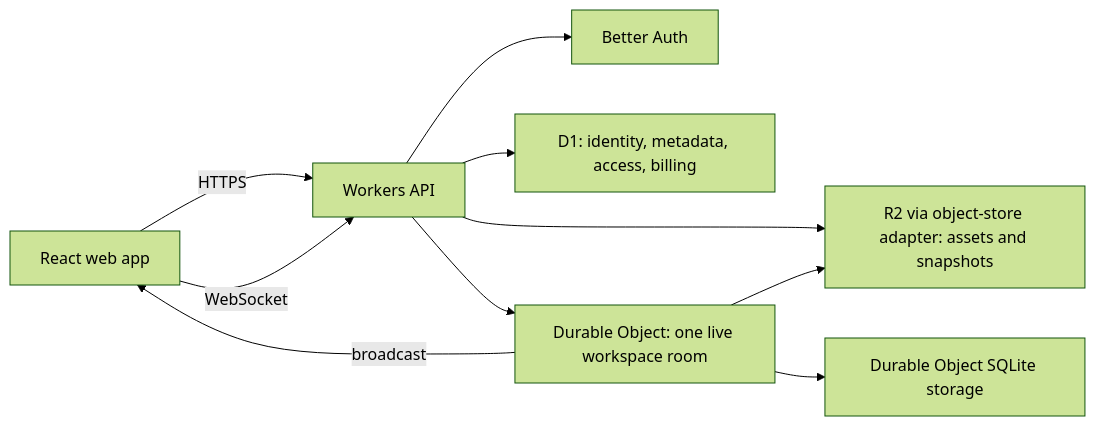
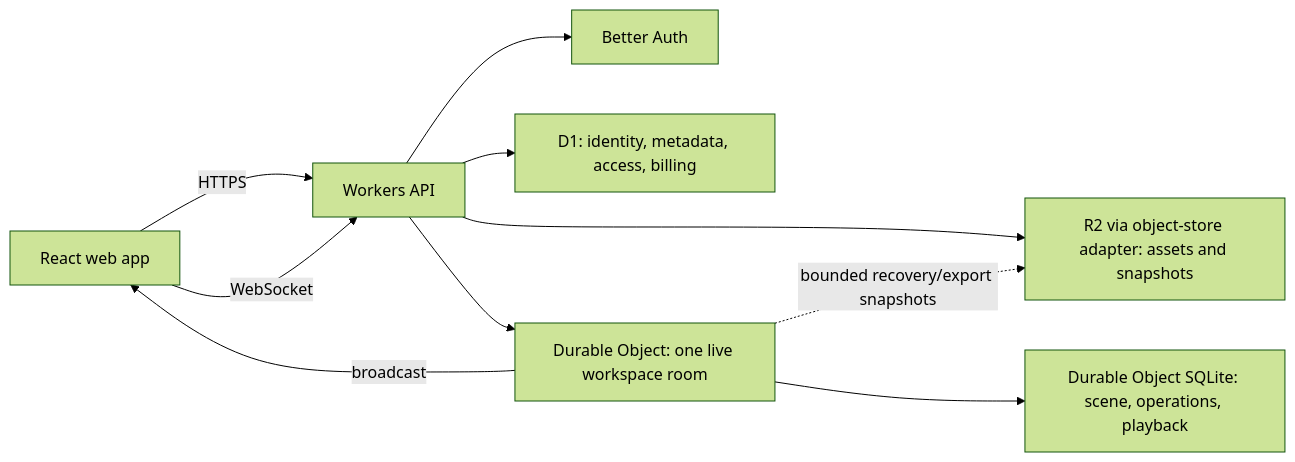
The diagram in docs/hosted-workspaces-specification.md (ogdakke/voidmesh), drawn with Mermaid (forest theme) before and after one commit. The commit also changed other lines of this file and 34 other files, not shown here.

Commit message:
Refactor application architecture and streamline implementation

````diff
--- a/docs/hosted-workspaces-specification.md
+++ b/docs/hosted-workspaces-specification.md
@@ -72,12 +72,12 @@
 ```mermaid
 flowchart LR
     Client["React web app"] -->|HTTPS| API["Workers API"]
     Client -->|WebSocket| API
     API --> Auth["Better Auth"]
     API --> D1["D1: identity, metadata, access, billing"]
     API --> R2["R2 via object-store adapter: assets and snapshots"]
     API --> Room["Durable Object: one live workspace room"]
-    Room --> RoomStorage["Durable Object SQLite storage"]
-    Room --> R2
+    Room --> RoomStorage["Durable Object SQLite: scene, operations, playback"]
+    Room -.->|bounded recovery/export snapshots| R2
     Room -->|broadcast| Client
 ```
````
